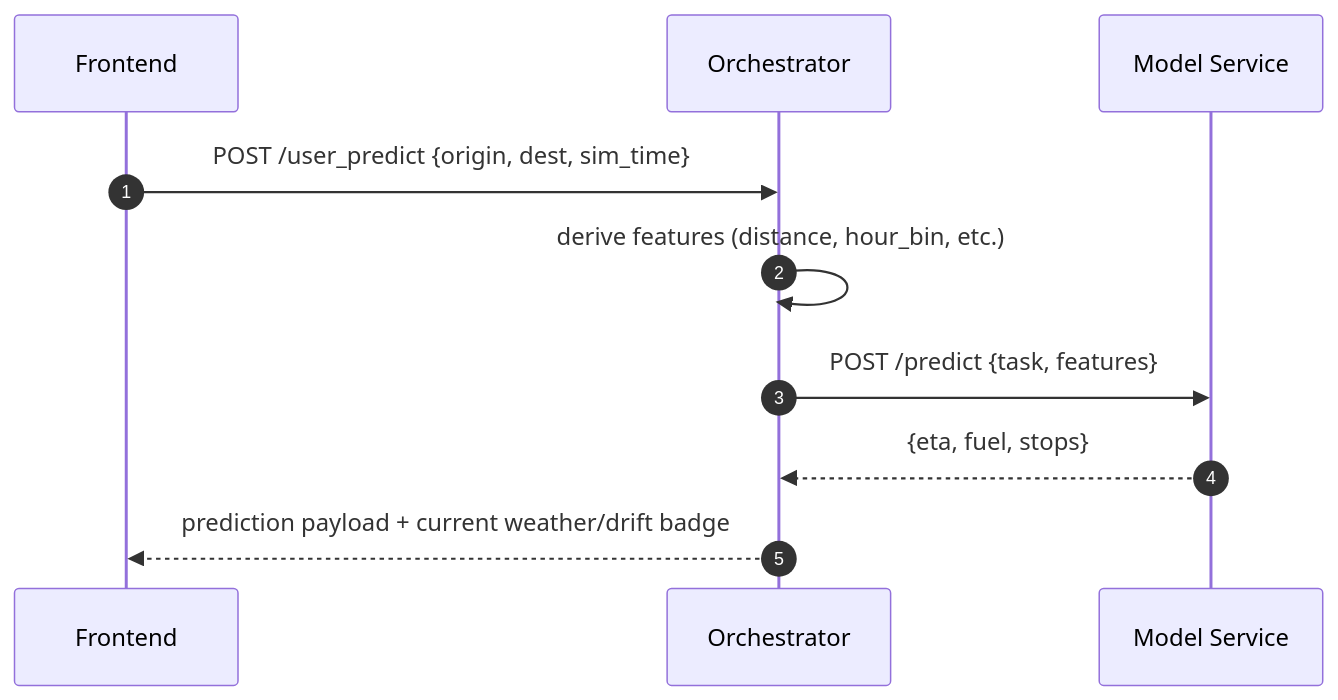
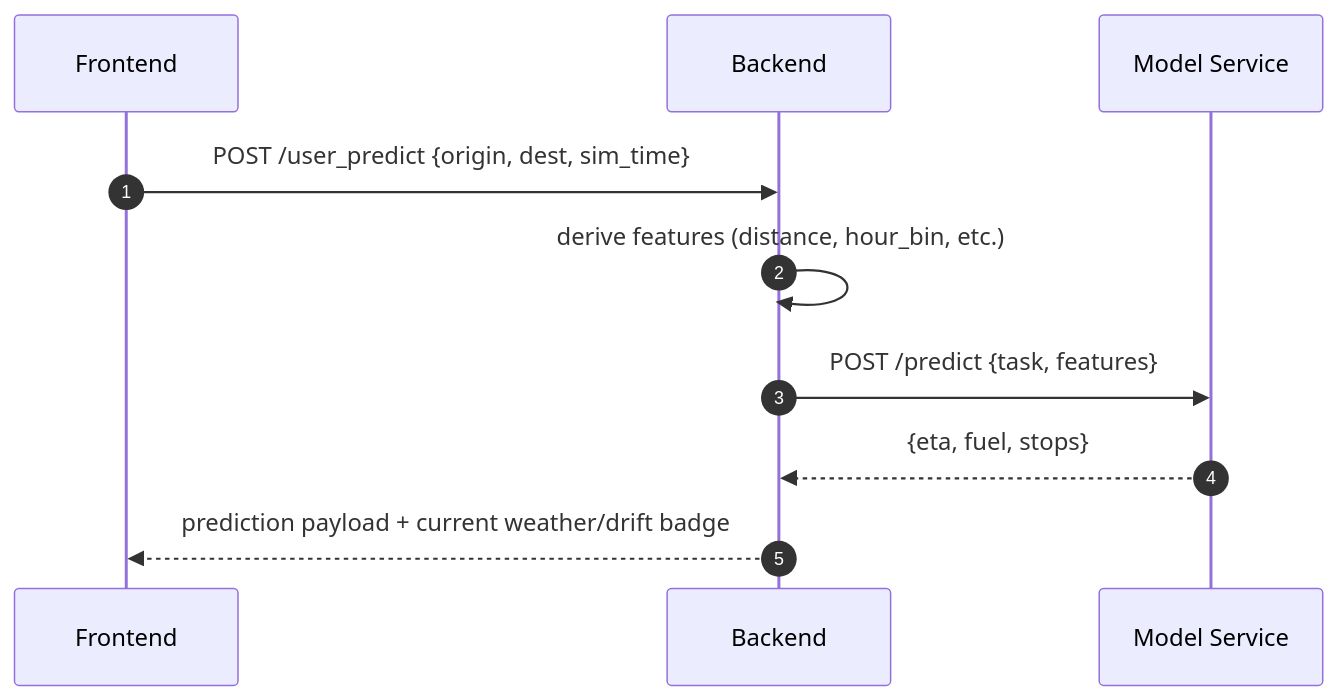
The fourth of 4 diagrams in platform.md (geokyr/diploma-thesis), drawn with Mermaid before and after one commit. The commit also changed other lines of this file, not shown here.

Commit message:
updated orchestrator to backend

````diff
--- a/platform.md
+++ b/platform.md
@@ -160,13 +160,13 @@
 ```mermaid
 sequenceDiagram
   autonumber
   participant UI as Frontend
-  participant ORCH as Orchestrator
+  participant BE as Backend
   participant MS as Model Service
 
-  UI->>ORCH: POST /user_predict {origin, dest, sim_time}
-  ORCH->>ORCH: derive features (distance, hour_bin, etc.)
-  ORCH->>MS: POST /predict {task, features}
-  MS-->>ORCH: {eta, fuel, stops}
-  ORCH-->>UI: prediction payload + current weather/drift badge
+  UI->>BE: POST /user_predict {origin, dest, sim_time}
+  BE->>BE: derive features (distance, hour_bin, etc.)
+  BE->>MS: POST /predict {task, features}
+  MS-->>BE: {eta, fuel, stops}
+  BE-->>UI: prediction payload + current weather/drift badge
 ```
````
